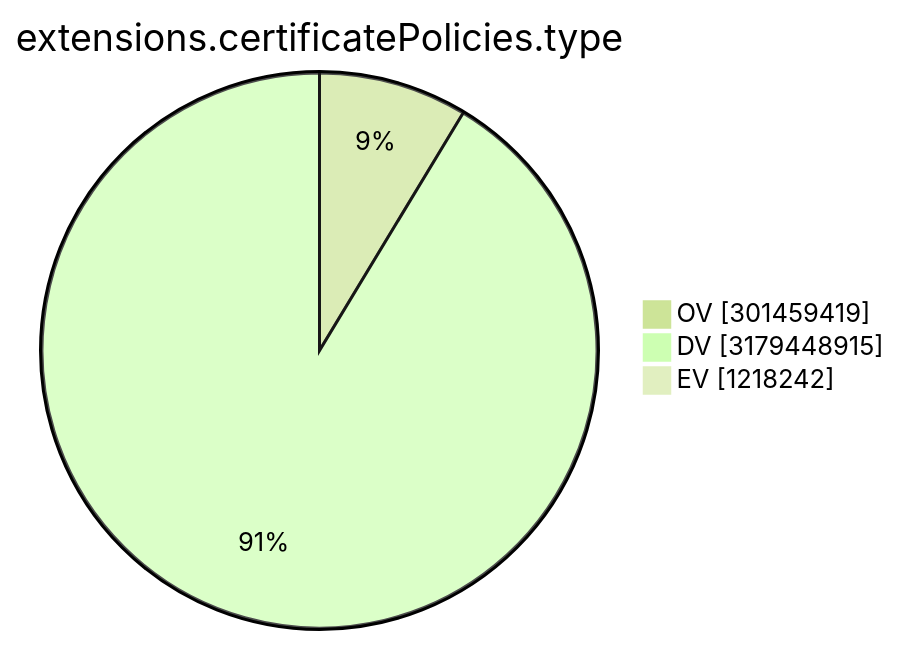
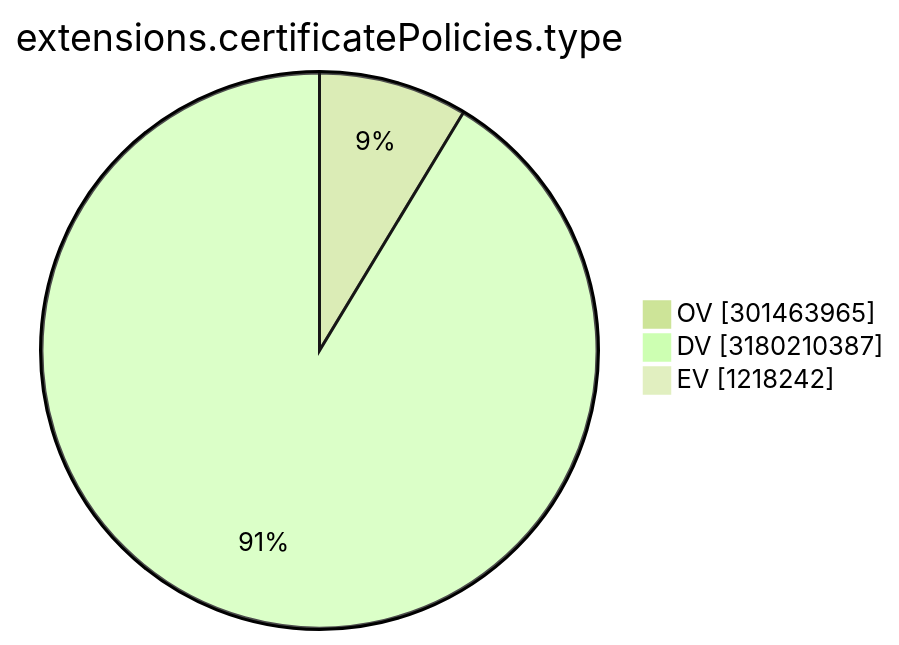
The ninth of 15 diagrams in TOTAL/README.md (christiankrug/ctmonitor_visualization), drawn with Mermaid (forest theme) before and after one commit. The commit also changed other lines of this file, not shown here.

````diff
--- a/TOTAL/README.md
+++ b/TOTAL/README.md
@@ -3106,7 +3106,7 @@
 ```mermaid
 pie showData
 title extensions.certificatePolicies.type
-"OV" :301459419
-"DV" :3179448915
+"OV" :301463965
+"DV" :3180210387
 "EV" :1218242
 ```
````
